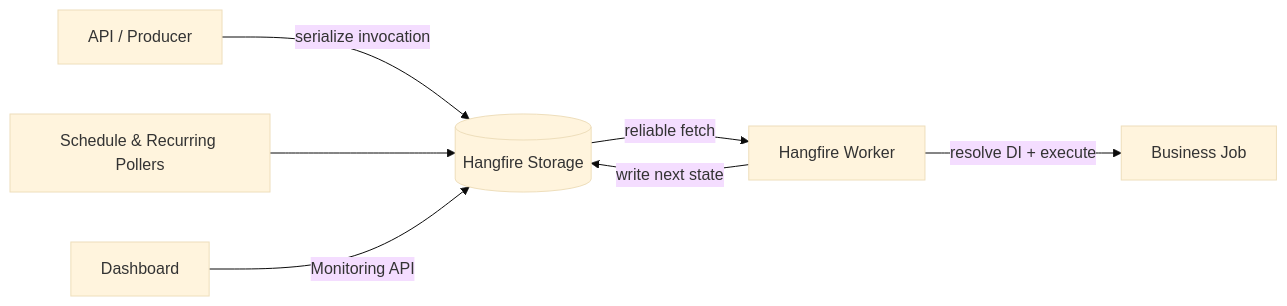
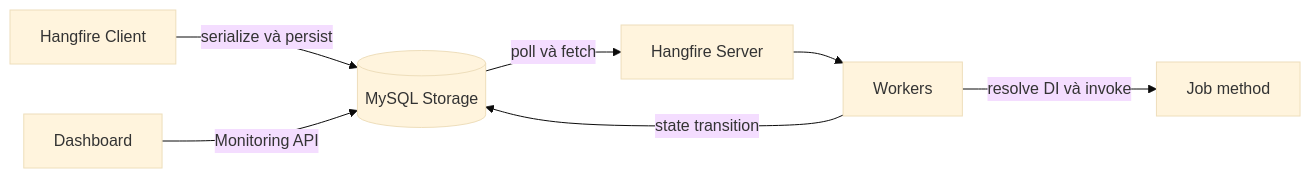
One commit to trungdev26/angular-internals changed the second of 10 diagrams in src/assets/docs/dotnet-core/hangfire.md. Above: the diagram before and after it, drawn with Mermaid (base theme). The commit also changed other lines of this file, not shown here.

Commit message:
docs: rewrite Hangfire as technical chapter

````diff
--- a/src/assets/docs/dotnet-core/hangfire.md
+++ b/src/assets/docs/dotnet-core/hangfire.md
@@ -83,9 +51,9 @@
 ```mermaid
 flowchart LR
-    API[API / Producer] -->|serialize invocation| Storage[(Hangfire Storage)]
-    Scheduler[Schedule & Recurring Pollers] --> Storage
-    Storage -->|reliable fetch| Worker[Hangfire Worker]
-    Worker -->|resolve DI + execute| Business[Business Job]
-    Worker -->|write next state| Storage
-    Dashboard[Dashboard] -->|Monitoring API| Storage
+    Client[Hangfire Client] -->|serialize và persist| Storage[(MySQL Storage)]
+    Storage -->|poll và fetch| Server[Hangfire Server]
+    Server --> Workers[Workers]
+    Workers -->|resolve DI và invoke| Method[Job method]
+    Workers -->|state transition| Storage
+    Dashboard -->|Monitoring API| Storage
 ```
````
